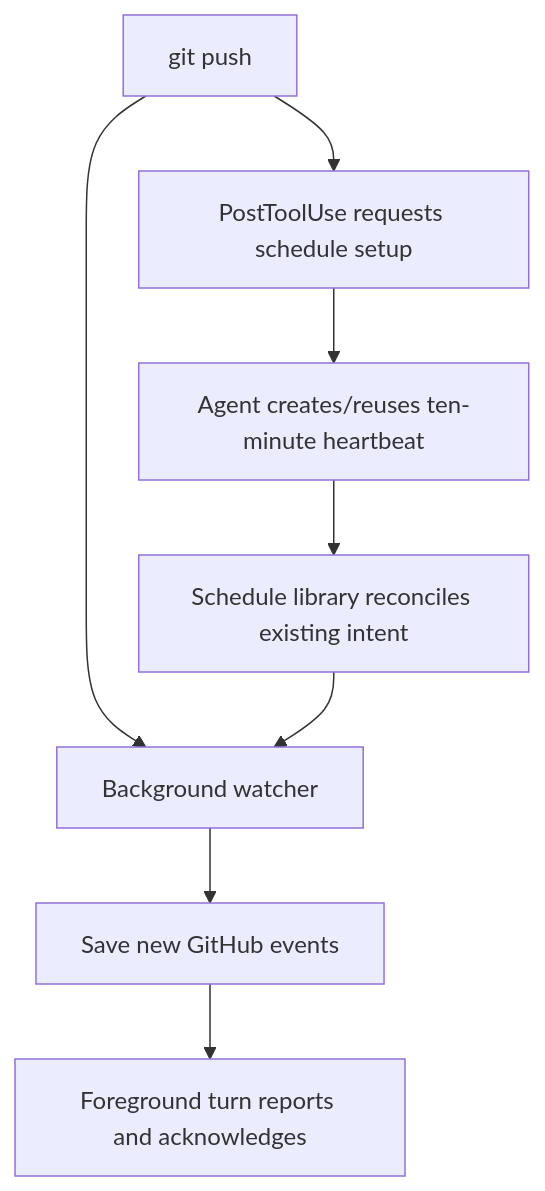
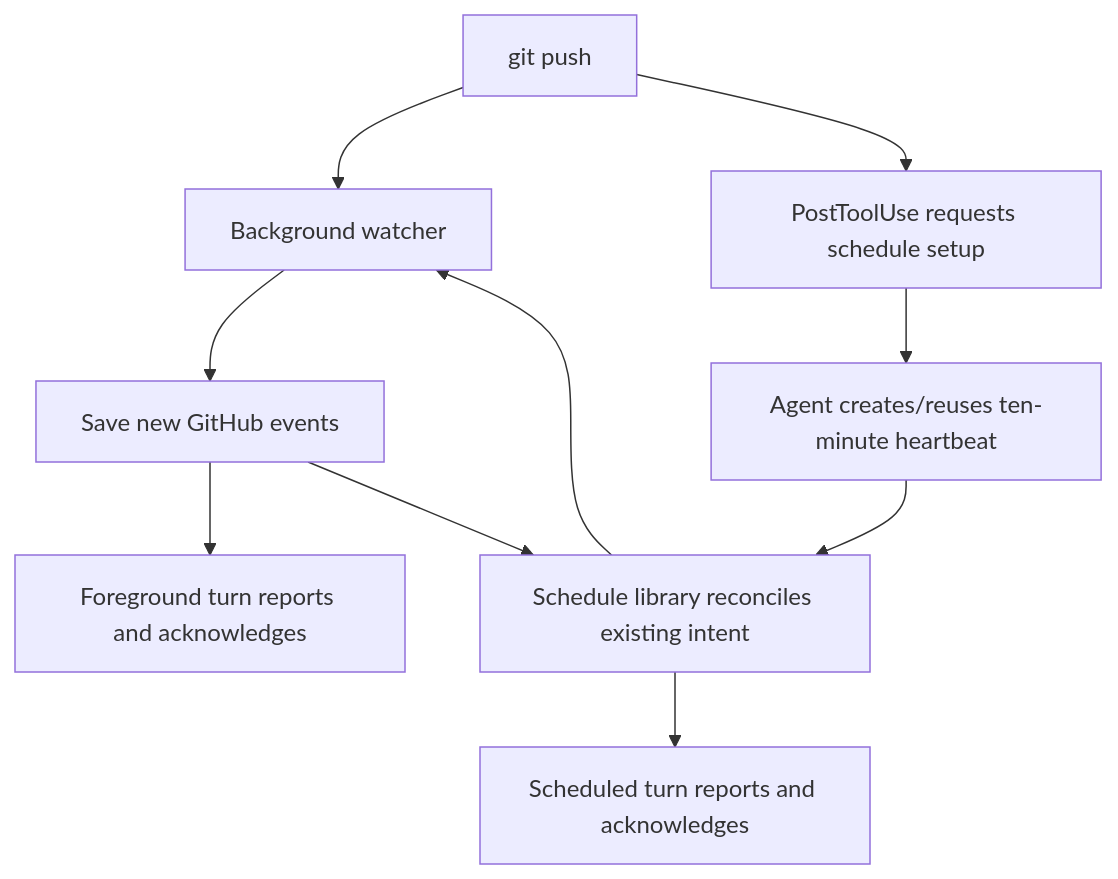
The diagram in plugins/boxlite-agent-tooling/.agents/watch/consumer-lifecycle.md (boxlite-ai/agent-tooling), drawn with Mermaid before and after one commit. The commit also changed other lines of this file and 8 other files, not shown here.

````diff
--- a/plugins/boxlite-agent-tooling/.agents/watch/consumer-lifecycle.md
+++ b/plugins/boxlite-agent-tooling/.agents/watch/consumer-lifecycle.md
@@ -7,10 +7,12 @@
 ```mermaid
 flowchart TD
     Push["git push"] --> Watcher["Background watcher"]
     Push --> Hook["PostToolUse requests schedule setup"]
     Hook --> Schedule["Agent creates/reuses ten-minute heartbeat"]
     Schedule --> Library["Schedule library reconciles existing intent"]
     Library --> Watcher
     Watcher --> Queue["Save new GitHub events"]
     Queue --> Foreground["Foreground turn reports and acknowledges"]
+    Queue --> Library
+    Library --> Delivery["Scheduled turn reports and acknowledges"]
 ```
````
